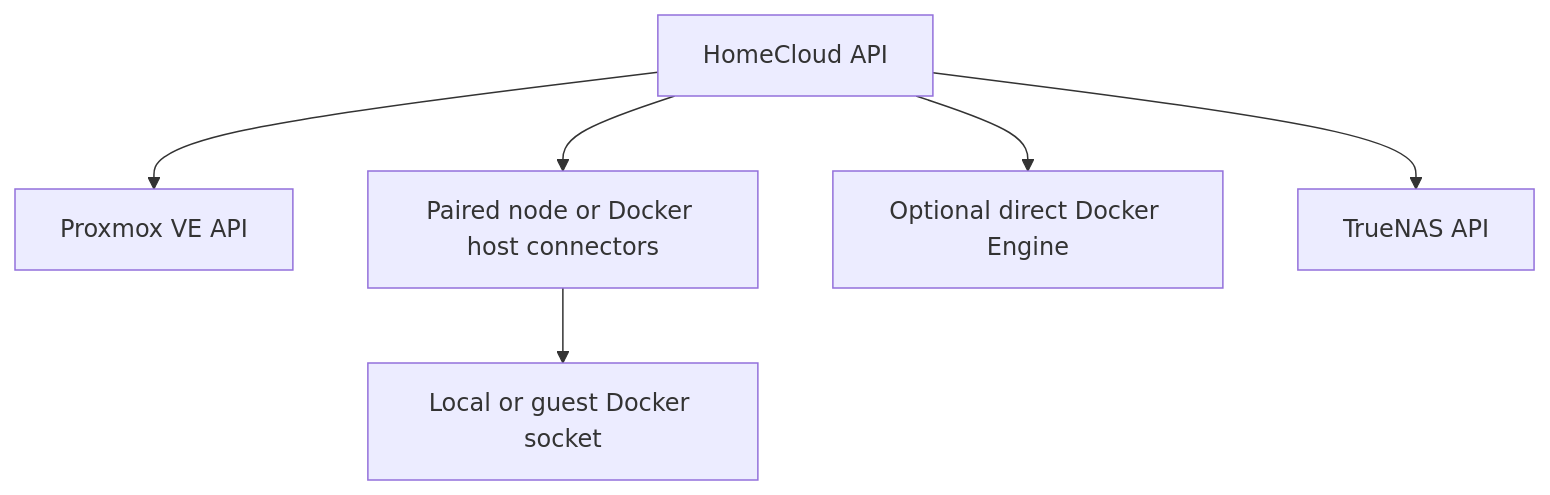
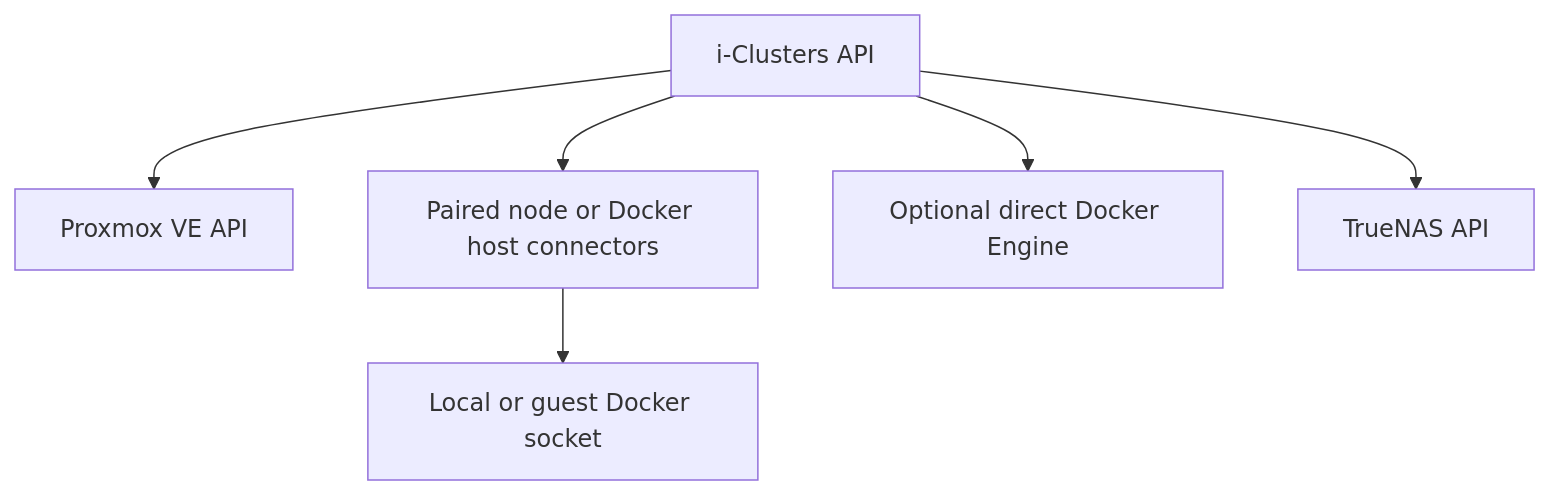
Before and after one commit to theadekola/homecloud-hub: the second of 2 diagrams in README.md, drawn with Mermaid. The commit also changed other lines of this file and 82 other files, not shown here.

Commit message:
Rebrand HomeCloud as i-Clusters with supplied mark and blue sign-in design (#91)

````diff
--- a/README.md
+++ b/README.md
@@ -53,8 +57,8 @@
 ```mermaid
 flowchart TB
-    API["HomeCloud API"] --> PVE["Proxmox VE API"]
+    API["i-Clusters API"] --> PVE["Proxmox VE API"]
     API --> Agents["Paired node or Docker host connectors"]
     API --> Engine["Optional direct Docker Engine"]
     API --> NAS["TrueNAS API"]
     Agents --> Docker["Local or guest Docker socket"]
 ```
````
